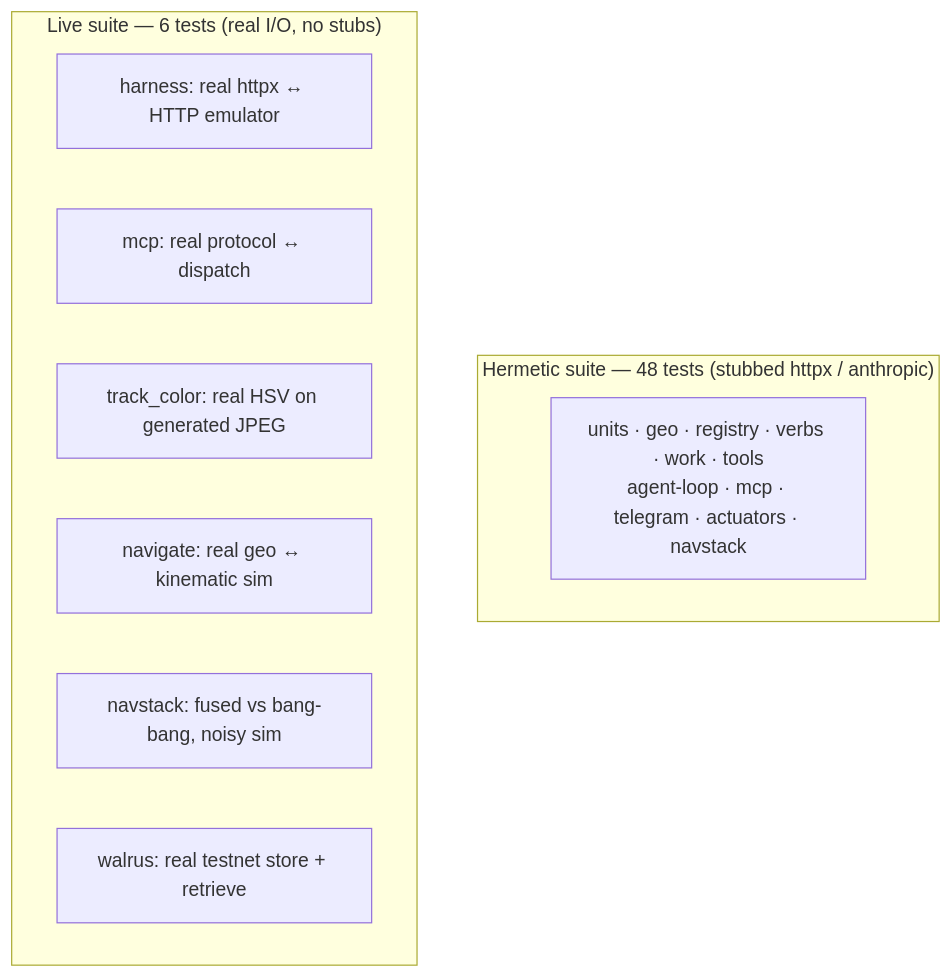
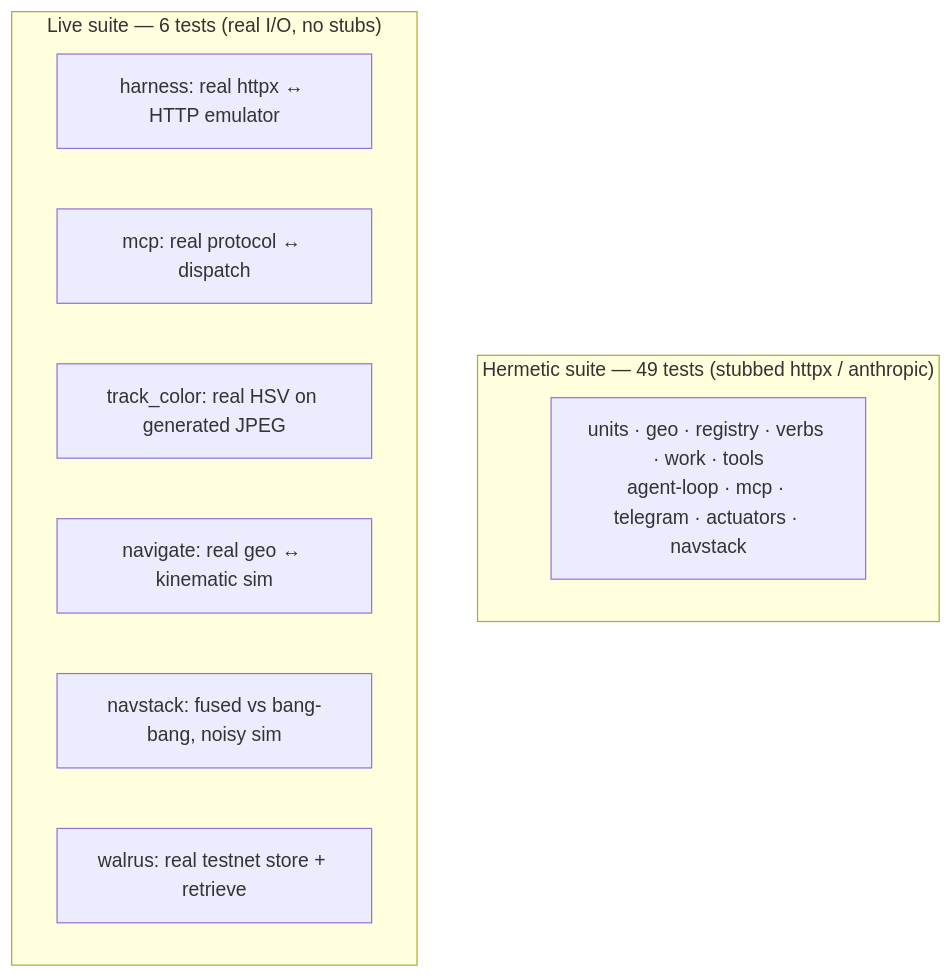
One commit to 0xSoftBoi/mini-plus-agent-kit changed diagram 14 of 14 in docs/ARCHITECTURE.md. Above: the diagram before and after it, drawn with Mermaid. The commit also changed other lines of this file and 5 other files, not shown here.

````diff
--- a/docs/ARCHITECTURE.md
+++ b/docs/ARCHITECTURE.md
@@ -487,14 +497,14 @@
 ```mermaid
 flowchart TB
-  subgraph H["Hermetic suite &mdash; 48 tests (stubbed httpx / anthropic)"]
+  subgraph H["Hermetic suite &mdash; 49 tests (stubbed httpx / anthropic)"]
     HU["units · geo · registry · verbs · work · tools<br/>agent-loop · mcp · telegram · actuators · navstack"]
   end
   subgraph L["Live suite &mdash; 6 tests (real I/O, no stubs)"]
     L1["harness: real httpx &harr; HTTP emulator"]
     L2["mcp: real protocol &harr; dispatch"]
     L3["track_color: real HSV on generated JPEG"]
     L4["navigate: real geo &harr; kinematic sim"]
     L5["navstack: fused vs bang-bang, noisy sim"]
     L6["walrus: real testnet store + retrieve"]
   end
 ```
````
